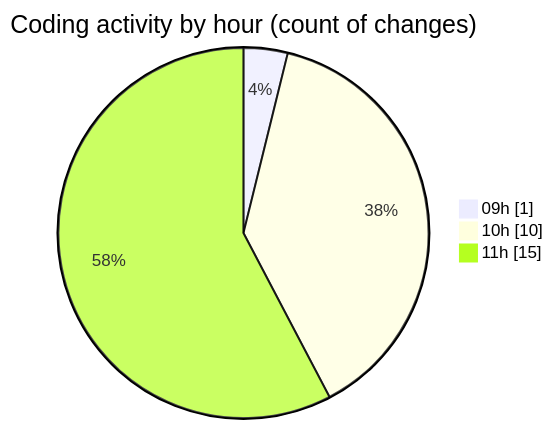
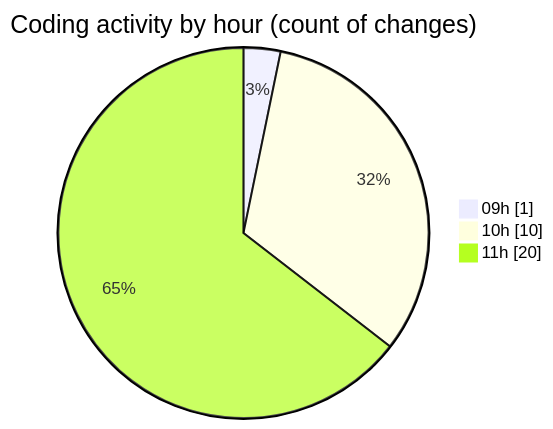
One commit to momahboobian/code-tracking changed the second of 2 diagrams in 2025-07-09/cda/README.md. Above: the diagram before and after it, drawn with Mermaid. The commit also changed other lines of this file and 1 other file, not shown here.

````diff
--- a/2025-07-09/cda/README.md
+++ b/2025-07-09/cda/README.md
@@ -39,7 +42,7 @@
 ```mermaid
 pie showData
 title Coding activity by hour (count of changes)
 "09h" : 1
 "10h" : 10
-"11h" : 15
+"11h" : 20
 ```
````
